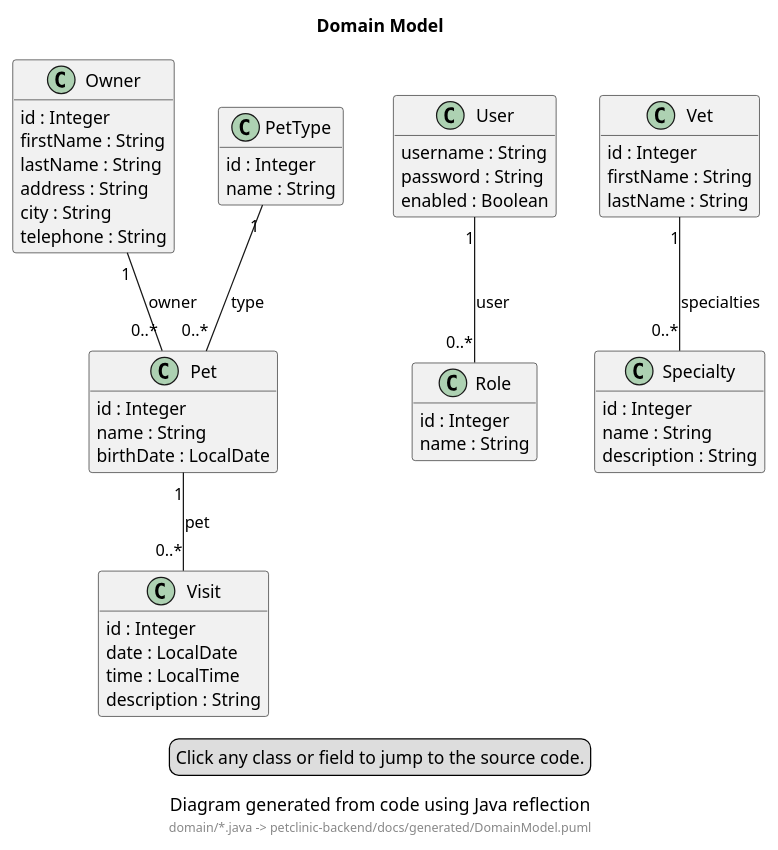
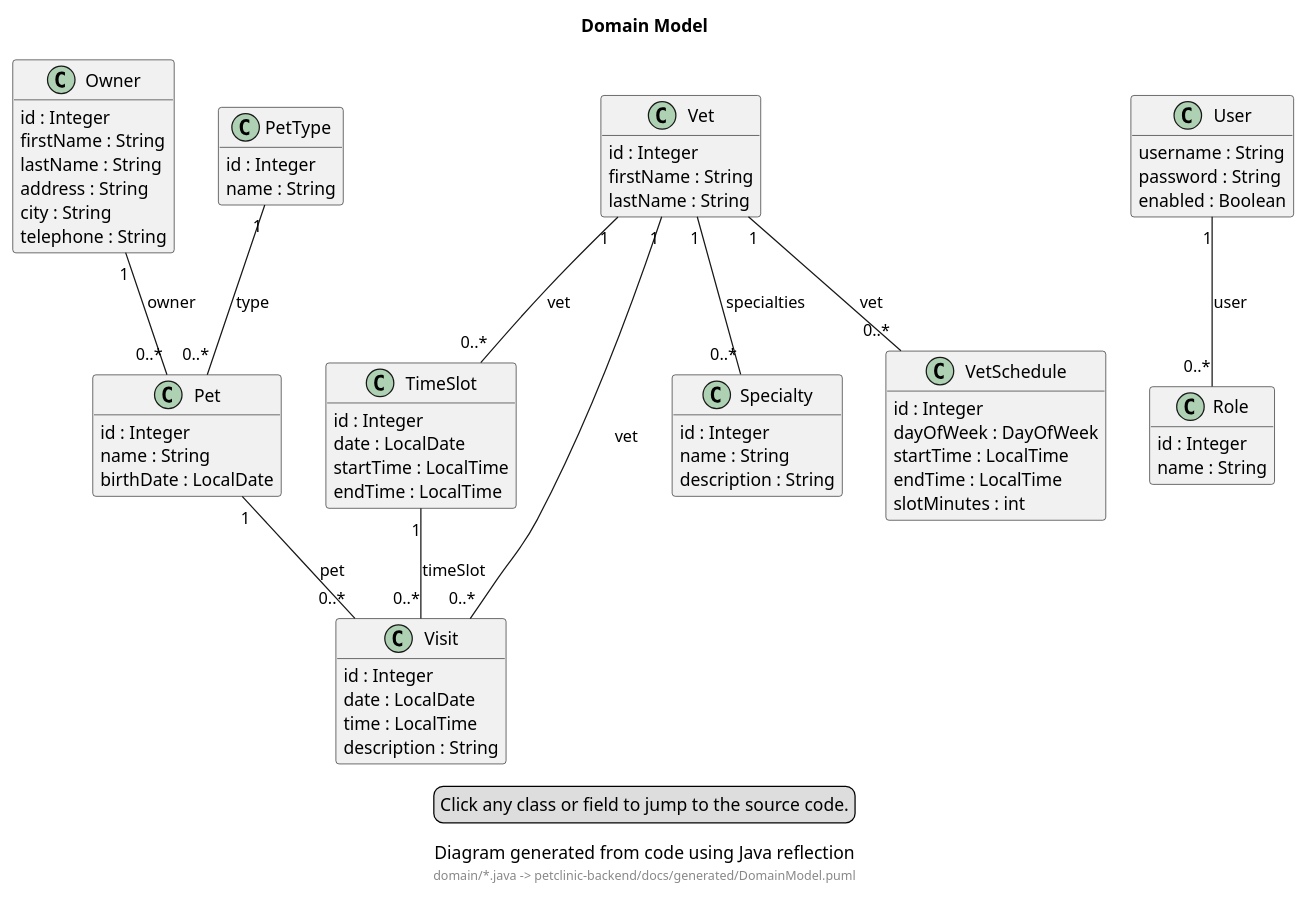
One commit to victorrentea/petclinic changed the diagram in petclinic-backend/docs/generated/DomainModel.puml. Above: the diagram before and after it, drawn with PlantUML. The commit also changed 46 other files, not shown here.

First line of the commit message:
feat(scheduling): book a vet appointment into a free time slot

```diff
--- a/petclinic-backend/docs/generated/DomainModel.puml
+++ b/petclinic-backend/docs/generated/DomainModel.puml
@@ -1,64 +1,81 @@
 @startuml
 
 title Domain Model
 caption Diagram generated from code using Java reflection
 footer domain/*.java -> petclinic-backend/docs/generated/DomainModel.puml
 
 hide empty members
 skinparam classAttributeIconSize 0
 skinparam hyperlinkUnderline false
 skinparam hyperlinkColor #000000
 legend bottom
   Click any class or field to jump to the source code.
 end legend
 
 class Owner [[src://petclinic-backend/src/main/java/victor/training/petclinic/domain/Owner.java:28{Click to open in editor}]] {
   [[src://petclinic-backend/src/main/java/victor/training/petclinic/domain/Owner.java:31{Click to open in editor} id : Integer]]
   [[src://petclinic-backend/src/main/java/victor/training/petclinic/domain/Owner.java:34{Click to open in editor} firstName : String]]
   [[src://petclinic-backend/src/main/java/victor/training/petclinic/domain/Owner.java:37{Click to open in editor} lastName : String]]
   [[src://petclinic-backend/src/main/java/victor/training/petclinic/domain/Owner.java:40{Click to open in editor} address : String]]
   [[src://petclinic-backend/src/main/java/victor/training/petclinic/domain/Owner.java:43{Click to open in editor} city : String]]
   [[src://petclinic-backend/src/main/java/victor/training/petclinic/domain/Owner.java:53{Click to open in editor} telephone : String]]
 }
 class Pet [[src://petclinic-backend/src/main/java/victor/training/petclinic/domain/Pet.java:29{Click to open in editor}]] {
   [[src://petclinic-backend/src/main/java/victor/training/petclinic/domain/Pet.java:32{Click to open in editor} id : Integer]]
   [[src://petclinic-backend/src/main/java/victor/training/petclinic/domain/Pet.java:28{Click to open in editor} name : String]]
   [[src://petclinic-backend/src/main/java/victor/training/petclinic/domain/Pet.java:39{Click to open in editor} birthDate : LocalDate]]
 }
 class PetType [[src://petclinic-backend/src/main/java/victor/training/petclinic/domain/PetType.java:8{Click to open in editor}]] {
   [[src://petclinic-backend/src/main/java/victor/training/petclinic/domain/PetType.java:11{Click to open in editor} id : Integer]]
   [[src://petclinic-backend/src/main/java/victor/training/petclinic/domain/PetType.java:7{Click to open in editor} name : String]]
 }
 class Role [[src://petclinic-backend/src/main/java/victor/training/petclinic/domain/Role.java:8{Click to open in editor}]] {
   [[src://petclinic-backend/src/main/java/victor/training/petclinic/domain/Role.java:12{Click to open in editor} id : Integer]]
   [[src://petclinic-backend/src/main/java/victor/training/petclinic/domain/Role.java:7{Click to open in editor} name : String]]
 }
 class Specialty [[src://petclinic-backend/src/main/java/victor/training/petclinic/domain/Specialty.java:7{Click to open in editor}]] {
   [[src://petclinic-backend/src/main/java/victor/training/petclinic/domain/Specialty.java:11{Click to open in editor} id : Integer]]
   [[src://petclinic-backend/src/main/java/victor/training/petclinic/domain/Specialty.java:6{Click to open in editor} name : String]]
   [[src://petclinic-backend/src/main/java/victor/training/petclinic/domain/Specialty.java:16{Click to open in editor} description : String]]
 }
+class TimeSlot [[src://petclinic-backend/src/main/java/victor/training/petclinic/domain/TimeSlot.java:19{Click to open in editor}]] {
+  [[src://petclinic-backend/src/main/java/victor/training/petclinic/domain/TimeSlot.java:23{Click to open in editor} id : Integer]]
+  [[src://petclinic-backend/src/main/java/victor/training/petclinic/domain/TimeSlot.java:32{Click to open in editor} date : LocalDate]]
+  [[src://petclinic-backend/src/main/java/victor/training/petclinic/domain/TimeSlot.java:36{Click to open in editor} startTime : LocalTime]]
+  [[src://petclinic-backend/src/main/java/victor/training/petclinic/domain/TimeSlot.java:40{Click to open in editor} endTime : LocalTime]]
+}
 class User [[src://petclinic-backend/src/main/java/victor/training/petclinic/domain/User.java:11{Click to open in editor}]] {
   [[src://petclinic-backend/src/main/java/victor/training/petclinic/domain/User.java:14{Click to open in editor} username : String]]
   [[src://petclinic-backend/src/main/java/victor/training/petclinic/domain/User.java:16{Click to open in editor} password : String]]
   [[src://petclinic-backend/src/main/java/victor/training/petclinic/domain/User.java:18{Click to open in editor} enabled : Boolean]]
 }
 class Vet [[src://petclinic-backend/src/main/java/victor/training/petclinic/domain/Vet.java:11{Click to open in editor}]] {
   [[src://petclinic-backend/src/main/java/victor/training/petclinic/domain/Vet.java:15{Click to open in editor} id : Integer]]
   [[src://petclinic-backend/src/main/java/victor/training/petclinic/domain/Vet.java:18{Click to open in editor} firstName : String]]
   [[src://petclinic-backend/src/main/java/victor/training/petclinic/domain/Vet.java:21{Click to open in editor} lastName : String]]
+}
+class VetSchedule [[src://petclinic-backend/src/main/java/victor/training/petclinic/domain/VetSchedule.java:21{Click to open in editor}]] {
+  [[src://petclinic-backend/src/main/java/victor/training/petclinic/domain/VetSchedule.java:25{Click to open in editor} id : Integer]]
+  [[src://petclinic-backend/src/main/java/victor/training/petclinic/domain/VetSchedule.java:35{Click to open in editor} dayOfWeek : DayOfWeek]]
+  [[src://petclinic-backend/src/main/java/victor/training/petclinic/domain/VetSchedule.java:39{Click to open in editor} startTime : LocalTime]]
+  [[src://petclinic-backend/src/main/java/victor/training/petclinic/domain/VetSchedule.java:43{Click to open in editor} endTime : LocalTime]]
+  [[src://petclinic-backend/src/main/java/victor/training/petclinic/domain/VetSchedule.java:46{Click to open in editor} slotMinutes : int]]
 }
 class Visit [[src://petclinic-backend/src/main/java/victor/training/petclinic/domain/Visit.java:11{Click to open in editor}]] {
   [[src://petclinic-backend/src/main/java/victor/training/petclinic/domain/Visit.java:14{Click to open in editor} id : Integer]]
   [[src://petclinic-backend/src/main/java/victor/training/petclinic/domain/Visit.java:17{Click to open in editor} date : LocalDate]]
   [[src://petclinic-backend/src/main/java/victor/training/petclinic/domain/Visit.java:21{Click to open in editor} time : LocalTime]]
   [[src://petclinic-backend/src/main/java/victor/training/petclinic/domain/Visit.java:24{Click to open in editor} description : String]]
 }
 
 Owner "1" -- "0..*" Pet : owner
 Pet "1" -- "0..*" Visit : pet
 PetType "1" -- "0..*" Pet : type
+TimeSlot "1" -- "0..*" Visit : timeSlot
 User "1" -- "0..*" Role : user
 Vet "1" -- "0..*" Specialty : specialties
+Vet "1" -- "0..*" TimeSlot : vet
+Vet "1" -- "0..*" VetSchedule : vet
+Vet "1" -- "0..*" Visit : vet
 
 @enduml
```
